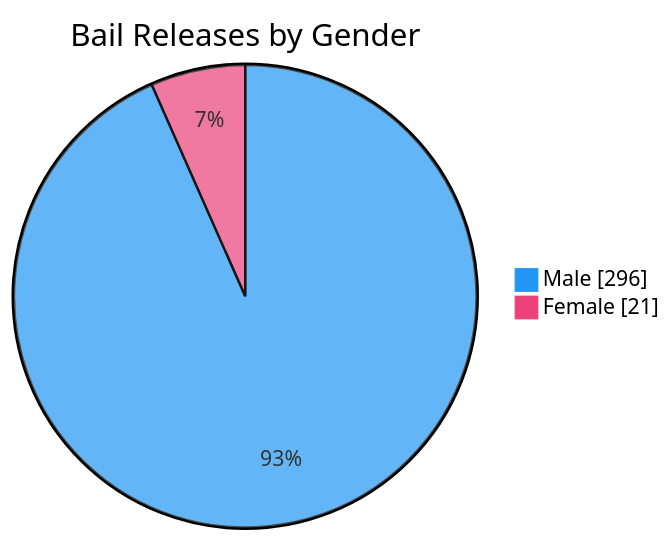
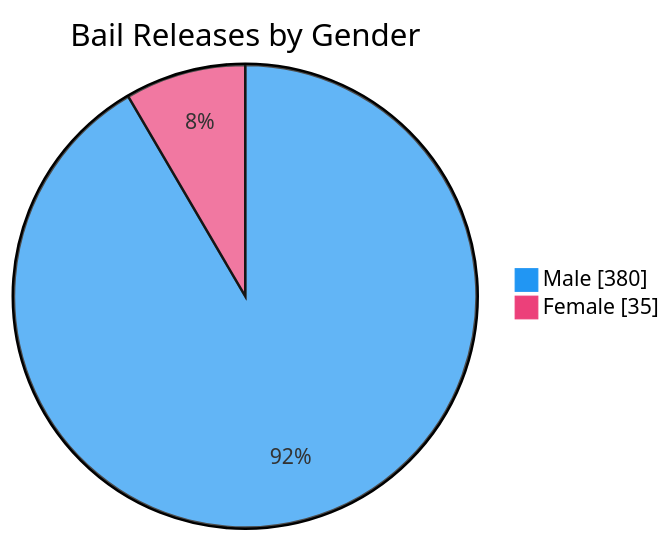
One commit to nuuuwan/lk_prisons changed the seventh of 7 diagrams in README.md. Above: the diagram before and after it, drawn with Mermaid. The commit also changed other lines of this file and 1 other file, not shown here.

````diff
--- a/README.md
+++ b/README.md
@@ -109,6 +109,6 @@
 ```mermaid
 %%{init: {'themeVariables': {'pie1': '#2196F3', 'pie2': '#EC407A'}}}%%
 pie showData title Bail Releases by Gender
-    "Male" : 296
-    "Female" : 21
+    "Male" : 380
+    "Female" : 35
 ```
````
